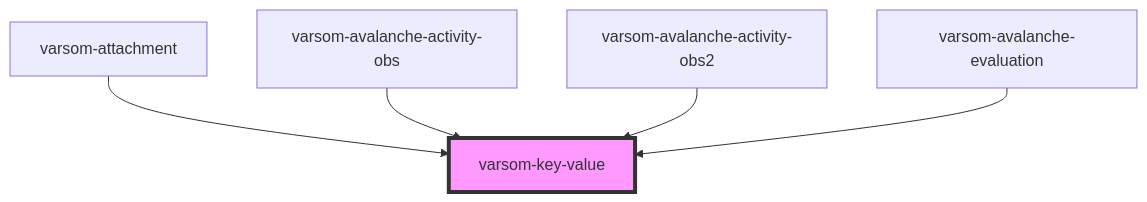
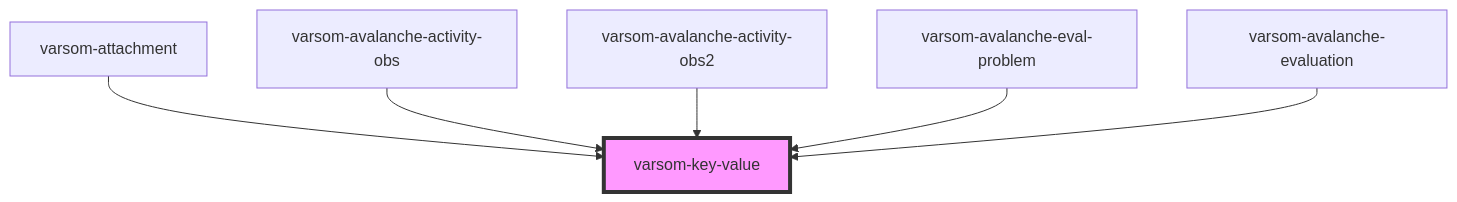
The diagram in observasjonskort/src/components/varsom-key-value/readme.md (NVE/varsom-observation), drawn with Mermaid before and after one commit. The commit also changed other lines of this file and 9 other files, not shown here.

````diff
--- a/observasjonskort/src/components/varsom-key-value/readme.md
+++ b/observasjonskort/src/components/varsom-key-value/readme.md
@@ -26,8 +27,9 @@
 ```mermaid
 graph TD;
   varsom-attachment --> varsom-key-value
   varsom-avalanche-activity-obs --> varsom-key-value
   varsom-avalanche-activity-obs2 --> varsom-key-value
+  varsom-avalanche-eval-problem --> varsom-key-value
   varsom-avalanche-evaluation --> varsom-key-value
   style varsom-key-value fill:#f9f,stroke:#333,stroke-width:4px
 ```
````
